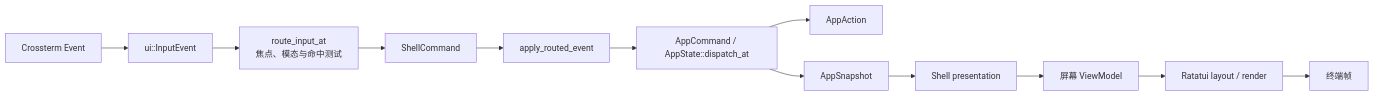
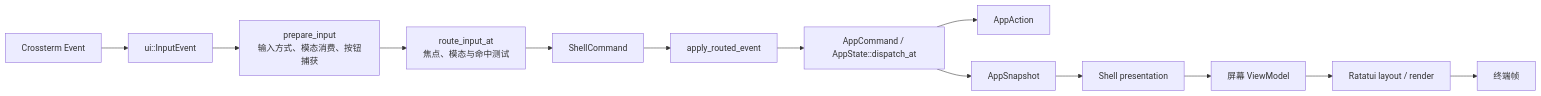
One commit to peixuanthomas/TundraUX3 changed the second of 2 diagrams in crates/shell/docs/session.md. Above: the diagram before and after it, drawn with Mermaid. The commit also changed other lines of this file and 32 other files, not shown here.

````diff
--- a/crates/shell/docs/session.md
+++ b/crates/shell/docs/session.md
@@ -36,14 +42,15 @@
 ```mermaid
 flowchart LR
     A["Crossterm Event"] --> B["ui::InputEvent"]
-    B --> C["route_input_at<br/>焦点、模态与命中测试"]
+    B --> P["prepare_input<br/>输入方式、模态消费、按钮捕获"]
+    P --> C["route_input_at<br/>焦点、模态与命中测试"]
     C --> D["ShellCommand"]
     D --> E["apply_routed_event"]
     E --> F["AppCommand / AppState::dispatch_at"]
     F --> G["AppAction"]
     F --> H["AppSnapshot"]
     H --> I["Shell presentation"]
     I --> J["屏幕 ViewModel"]
     J --> K["Ratatui layout / render"]
     K --> L["终端帧"]
 ```
````
